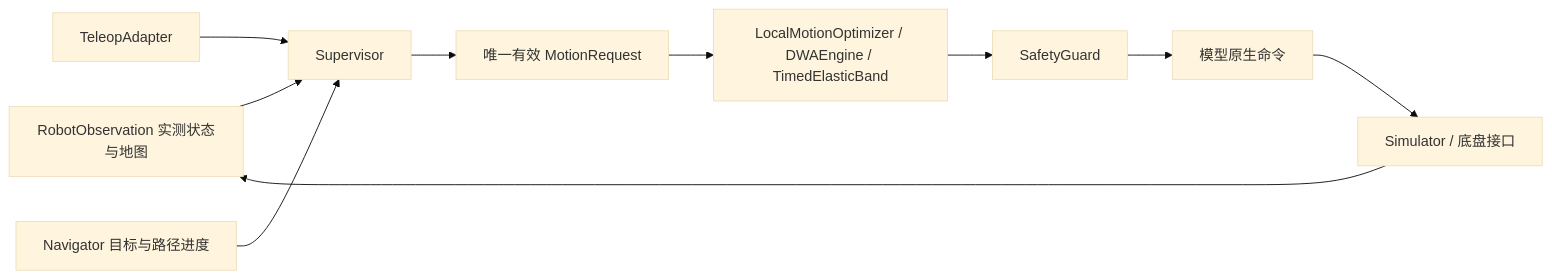
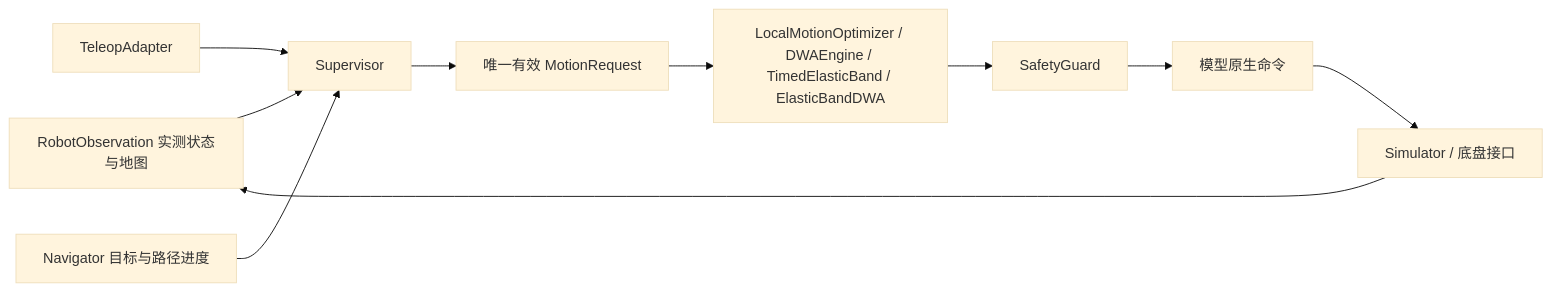
Before and after one commit to GrayFL/pyrobo: the diagram in docs/architecture.md, drawn with Mermaid (base theme). The commit also changed other lines of this file and 24 other files, not shown here.

````diff
--- a/docs/architecture.md
+++ b/docs/architecture.md
@@ -7,12 +7,12 @@
 ```mermaid
 flowchart LR
     Observation[RobotObservation 实测状态与地图] --> Supervisor
     TeleopAdapter --> Supervisor
     Navigator[Navigator 目标与路径进度] --> Supervisor
     Supervisor --> Request[唯一有效 MotionRequest]
-    Request --> Optimizer[LocalMotionOptimizer / DWAEngine / TimedElasticBand]
+    Request --> Optimizer[LocalMotionOptimizer / DWAEngine / TimedElasticBand / ElasticBandDWA]
     Optimizer --> SafetyGuard
     SafetyGuard --> Native[模型原生命令]
     Native --> Simulator[Simulator / 底盘接口]
     Simulator --> Observation
 ```
````
